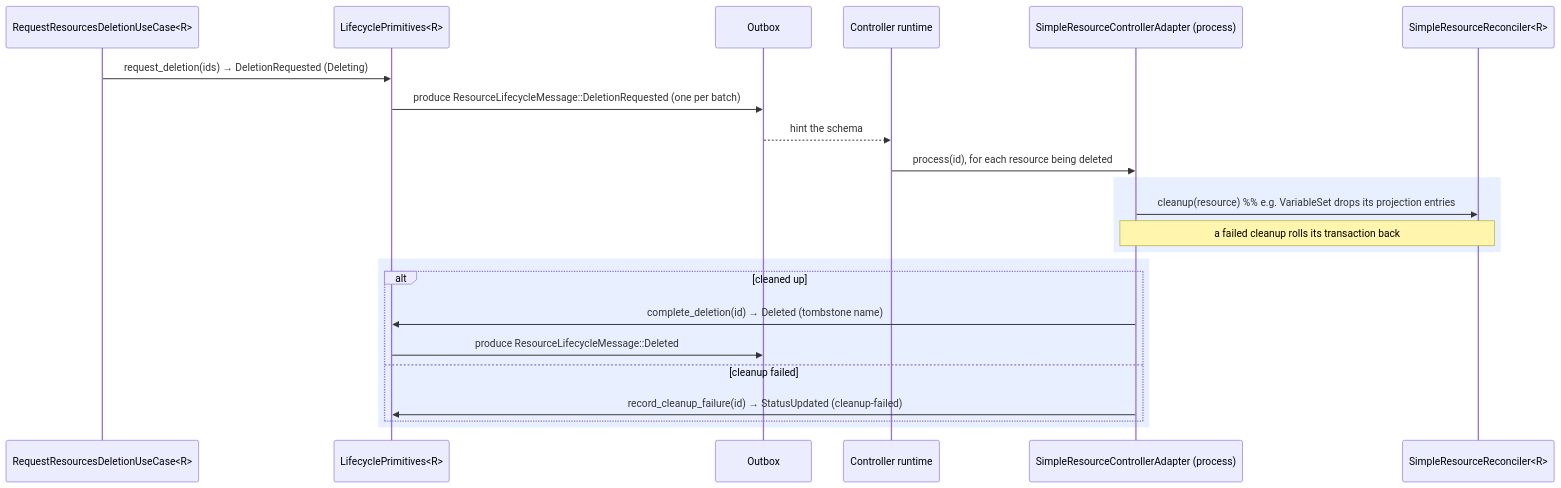
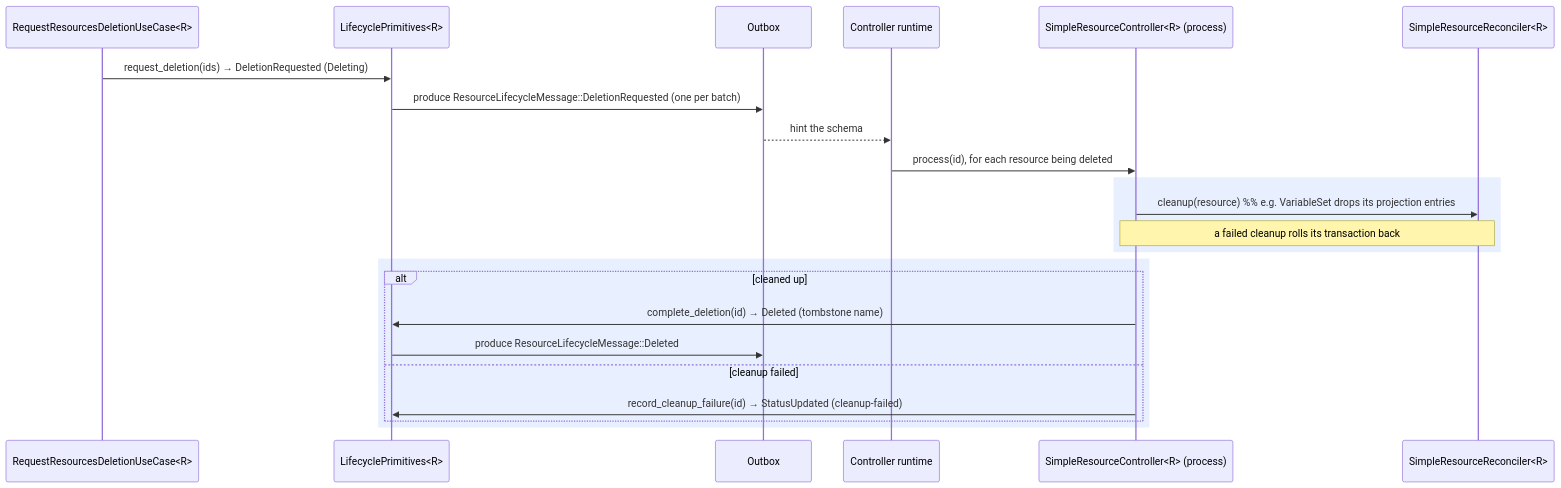
One commit to kamu-data/kamu-cli changed the fourth of 6 diagrams in docs/internal/resources-framework.md. Above: the diagram before and after it, drawn with Mermaid. The commit also changed other lines of this file and 9 other files, not shown here.

````diff
--- a/docs/internal/resources-framework.md
+++ b/docs/internal/resources-framework.md
@@ -1658,26 +1663,26 @@
 ```mermaid
 sequenceDiagram
     participant RQ as RequestResourcesDeletionUseCase<R>
     participant P as LifecyclePrimitives<R>
     participant OB as Outbox
     participant RT as Controller runtime
-    participant A as SimpleResourceControllerAdapter (process)
+    participant A as SimpleResourceController<R> (process)
     participant Ctl as SimpleResourceReconciler<R>
 
     RQ->>P: request_deletion(ids) → DeletionRequested (Deleting)
     P->>OB: produce ResourceLifecycleMessage::DeletionRequested (one per batch)
     OB-->>RT: hint the schema
     RT->>A: process(id), for each resource being deleted
     rect rgba(100, 150, 255, 0.15)
         A->>Ctl: cleanup(resource)  %% e.g. VariableSet drops its projection entries
         Note over A,Ctl: a failed cleanup rolls its transaction back
     end
     rect rgba(100, 150, 255, 0.15)
         alt cleaned up
             A->>P: complete_deletion(id) → Deleted (tombstone name)
             P->>OB: produce ResourceLifecycleMessage::Deleted
         else cleanup failed
             A->>P: record_cleanup_failure(id) → StatusUpdated (cleanup-failed)
         end
     end
 ```
````
